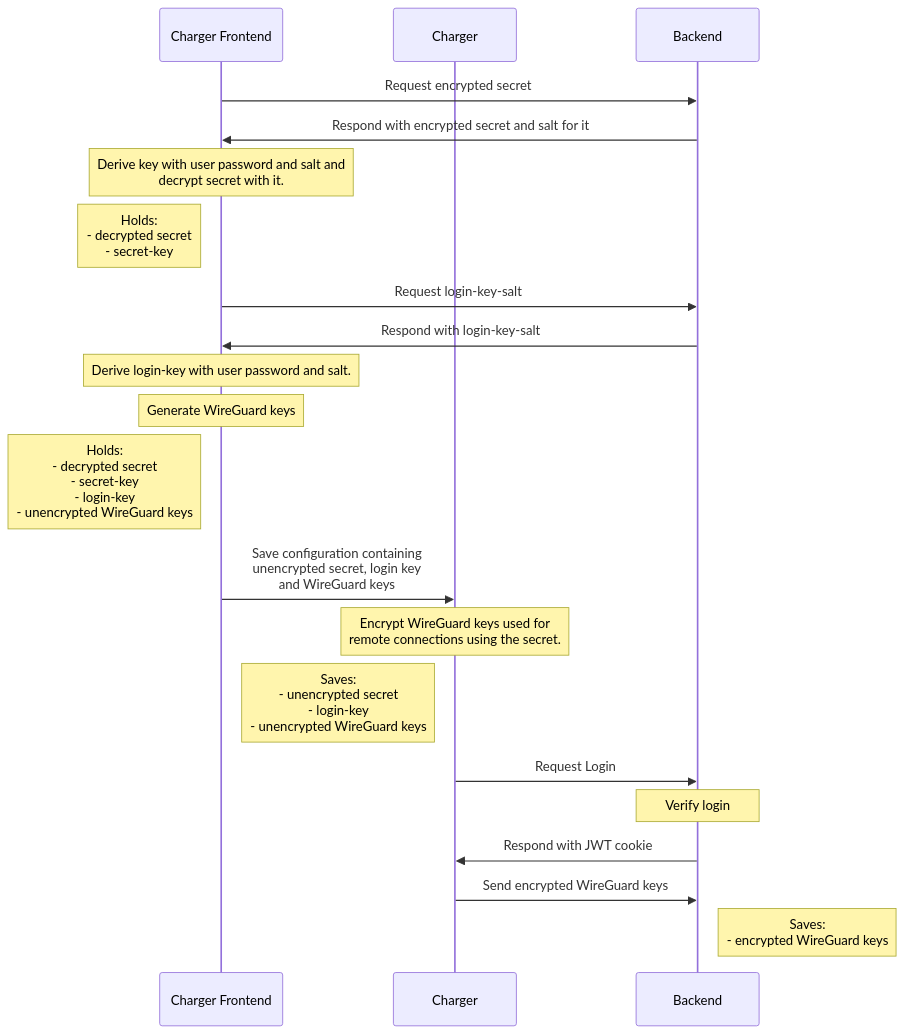
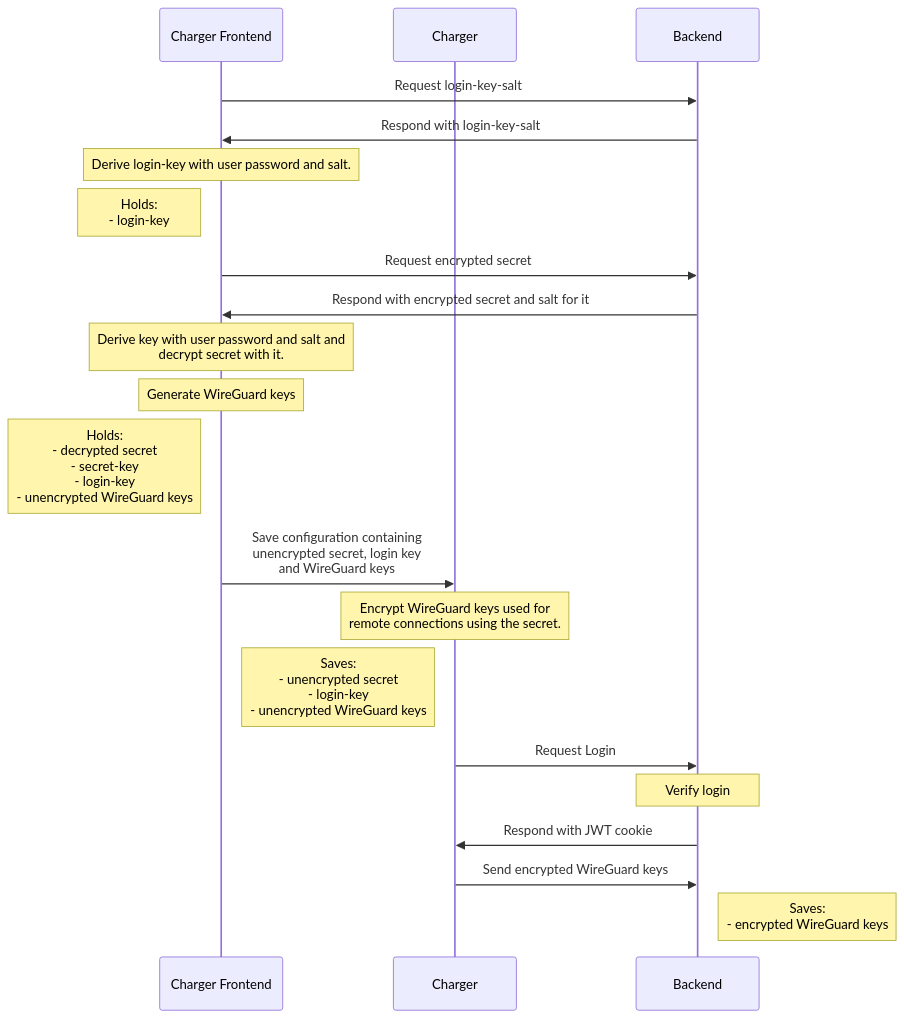
The third of 6 diagrams in sequence.md (Tinkerforge/esp32-remote-access), drawn with Mermaid before and after one commit.

Commit message:
sequence.md: correct the diagram for adding a charger.

````diff
--- a/sequence.md
+++ b/sequence.md
@@ -49,24 +49,24 @@
 ```mermaid
 sequenceDiagram
     participant Charger Frontend
     participant Charger
     participant Backend
 
+    Charger Frontend->>Backend: Request login-key-salt
+    Backend->>Charger Frontend: Respond with login-key-salt
+    Note over Charger Frontend: Derive login-key with user password and salt.
+    Note left of Charger Frontend: Holds: <br> - login-key
     Charger Frontend->>Backend: Request encrypted secret
     Backend->>Charger Frontend: Respond with encrypted secret and salt for it
     Note over Charger Frontend: Derive key with user password and salt and<br>decrypt secret with it.
-    Note left of Charger Frontend: Holds: <br> - decrypted secret <br> - secret-key
-    Charger Frontend->>Backend: Request login-key-salt
-    Backend->>Charger Frontend: Respond with login-key-salt
-    Note over Charger Frontend: Derive login-key with user password and salt.
     Note over Charger Frontend: Generate WireGuard keys
     Note left of Charger Frontend: Holds: <br> - decrypted secret <br> - secret-key <br> - login-key <br> - unencrypted WireGuard keys
     Charger Frontend->>Charger: Save configuration containing<br>unencrypted secret, login key<br>and WireGuard keys
     Note over Charger: Encrypt WireGuard keys used for<br>remote connections using the secret.
     Note left of Charger: Saves: <br> - unencrypted secret <br> - login-key <br> - unencrypted WireGuard keys
     Charger->>Backend: Request Login
     Note over Backend: Verify login
     Backend->>Charger: Respond with JWT cookie
     Charger->>Backend: Send encrypted WireGuard keys
     Note right of Backend: Saves: <br> - encrypted WireGuard keys
 ```
````
